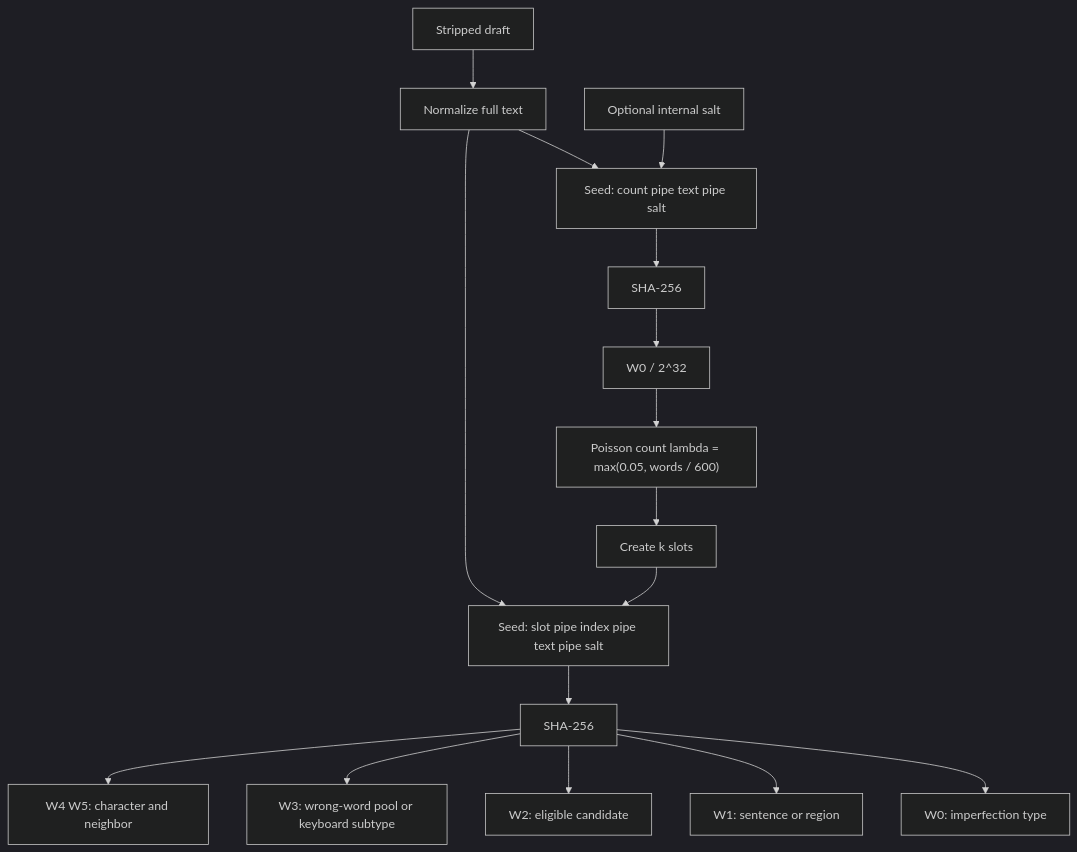
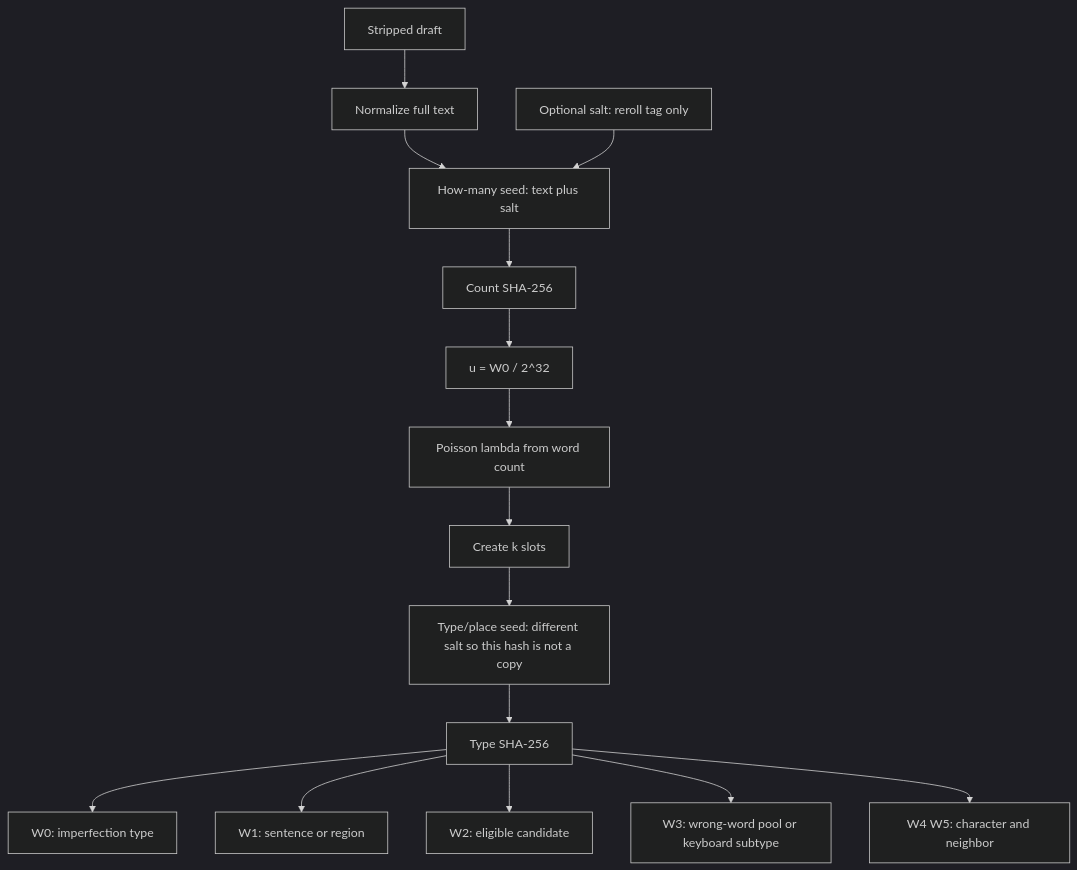
One commit to wilu222/unpolish-ai-writing changed the diagram in references/imperfections.md. Above: the diagram before and after it, drawn with Mermaid (dark theme). The commit also changed 2 other files, not shown here.

Commit message:
enable optionality for deslop step

````diff
--- a/references/imperfections.md
+++ b/references/imperfections.md
@@ -15,18 +15,18 @@
 ```mermaid
 flowchart TD
   draft[Stripped draft] --> normalize[Normalize full text]
-  salt[Optional internal salt] --> countSeed
-  normalize --> countSeed["Seed: count pipe text pipe salt"]
-  countSeed --> countHash[SHA-256]
-  countHash --> countRoll["W0 / 2^32"]
-  countRoll --> poisson["Poisson count lambda = max(0.05, words / 600)"]
+  salt[Optional salt: reroll tag only]
+  normalize --> countSeed[How-many seed: text plus salt]
+  salt --> countSeed
+  countSeed --> countHash[Count SHA-256]
+  countHash --> countRoll["u = W0 / 2^32"]
+  countRoll --> poisson[Poisson lambda from word count]
   poisson --> slots[Create k slots]
-  normalize --> slotSeed["Seed: slot pipe index pipe text pipe salt"]
-  slots --> slotSeed
-  slotSeed --> slotHash[SHA-256]
-  slotHash --> typeRoll["W0: imperfection type"]
-  slotHash --> locationRoll["W1: sentence or region"]
-  slotHash --> candidateRoll["W2: eligible candidate"]
-  slotHash --> subtypeRoll["W3: wrong-word pool or keyboard subtype"]
-  slotHash --> mutationRoll["W4 W5: character and neighbor"]
+  slots --> slotSeed[Type/place seed: different salt so this hash is not a copy]
+  slotSeed --> slotHash[Type SHA-256]
+  slotHash --> typeRoll[W0: imperfection type]
+  slotHash --> locationRoll[W1: sentence or region]
+  slotHash --> candidateRoll[W2: eligible candidate]
+  slotHash --> subtypeRoll[W3: wrong-word pool or keyboard subtype]
+  slotHash --> mutationRoll[W4 W5: character and neighbor]
 ```
````
